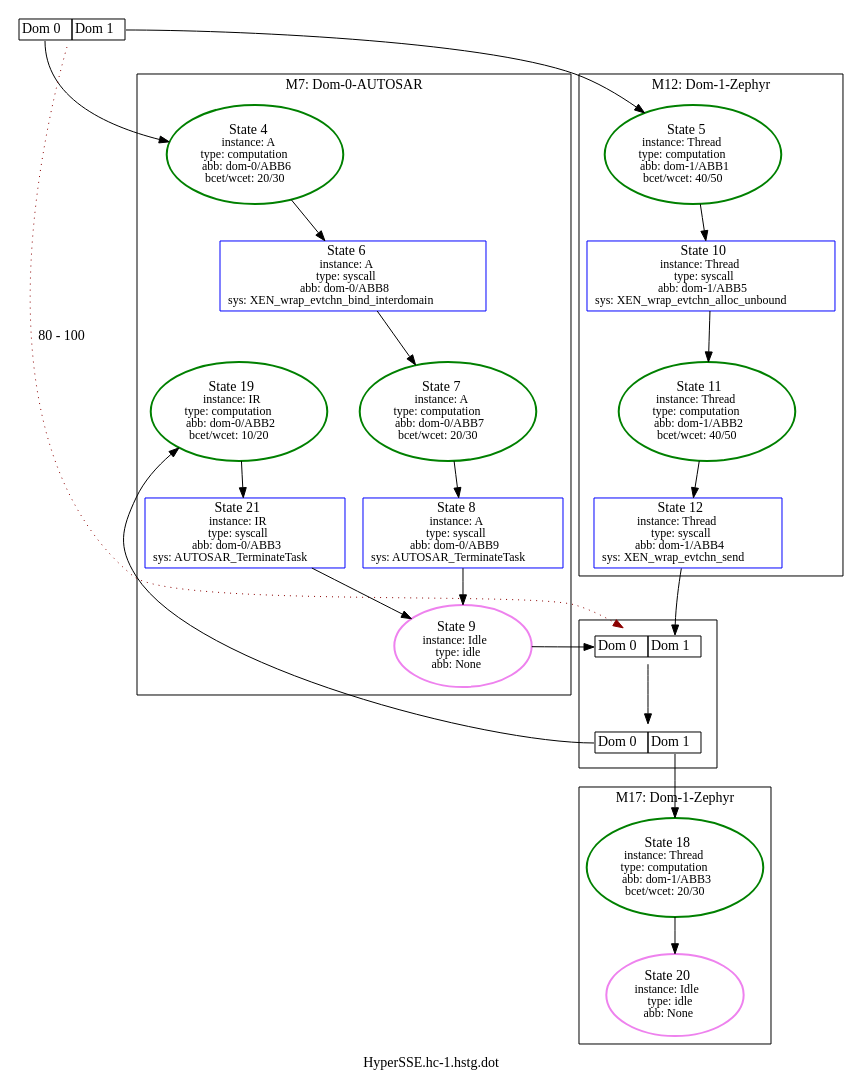
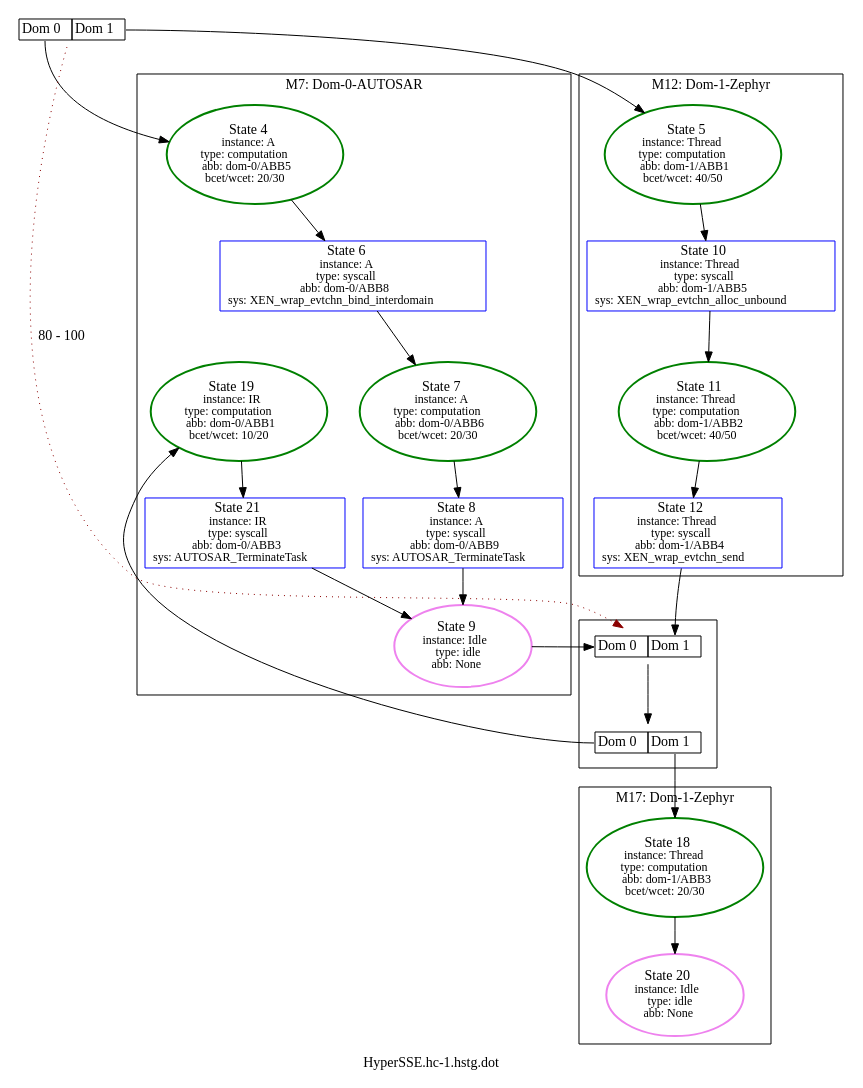
The diagram in appl/Xen/hc-1/HyperSSE.hc-1.hstg.dot (luhsra/ara), drawn with Graphviz before and after one commit. The commit also changed 34 other files, not shown here.

```diff
--- a/appl/Xen/hc-1/HyperSSE.hc-1.hstg.dot
+++ b/appl/Xen/hc-1/HyperSSE.hc-1.hstg.dot
@@ -1,53 +1,53 @@
 digraph G {
 label="HyperSSE.hc-1.hstg.dot";
 1 [label=<<TABLE BORDER="0" CELLBORDER="1" CELLSPACING="0"><TR><TD PORT="c0">Dom 0</TD><TD PORT="c1">Dom 1</TD></TR></TABLE>>, shape=plaintext, tooltip=1];
 subgraph cluster_7 {
 label="M7: Dom-0-AUTOSAR";
-2 [color=green, fontsize=14, label=<State 4<br/><font point-size='12'>instance: A<br/>type: computation<br/>abb: dom-0/ABB6<br/>bcet/wcet: 20/30</font>>, style=bold, tooltip=2];
+2 [color=green, fontsize=14, label=<State 4<br/><font point-size='12'>instance: A<br/>type: computation<br/>abb: dom-0/ABB5<br/>bcet/wcet: 20/30</font>>, style=bold, tooltip=2];
 3 [color=blue, fontsize=14, label=<State 6<br/><font point-size='12'>instance: A<br/>type: syscall<br/>abb: dom-0/ABB8<br/>sys: XEN_wrap_evtchn_bind_interdomain</font>>, shape=box, tooltip=3];
-4 [color=green, fontsize=14, label=<State 7<br/><font point-size='12'>instance: A<br/>type: computation<br/>abb: dom-0/ABB7<br/>bcet/wcet: 20/30</font>>, style=bold, tooltip=4];
+4 [color=green, fontsize=14, label=<State 7<br/><font point-size='12'>instance: A<br/>type: computation<br/>abb: dom-0/ABB6<br/>bcet/wcet: 20/30</font>>, style=bold, tooltip=4];
 5 [color=blue, fontsize=14, label=<State 8<br/><font point-size='12'>instance: A<br/>type: syscall<br/>abb: dom-0/ABB9<br/>sys: AUTOSAR_TerminateTask</font>>, shape=box, tooltip=5];
 6 [color=violet, fontsize=14, label=<State 9<br/><font point-size='12'>instance: Idle<br/>type: idle<br/>abb: None</font>>, style=bold, tooltip=6];
-18 [color=green, fontsize=14, label=<State 19<br/><font point-size='12'>instance: IR<br/>type: computation<br/>abb: dom-0/ABB2<br/>bcet/wcet: 10/20</font>>, style=bold, tooltip=18];
+18 [color=green, fontsize=14, label=<State 19<br/><font point-size='12'>instance: IR<br/>type: computation<br/>abb: dom-0/ABB1<br/>bcet/wcet: 10/20</font>>, style=bold, tooltip=18];
 19 [color=blue, fontsize=14, label=<State 21<br/><font point-size='12'>instance: IR<br/>type: syscall<br/>abb: dom-0/ABB3<br/>sys: AUTOSAR_TerminateTask</font>>, shape=box, tooltip=19];
 }
 
 subgraph cluster_12 {
 label="M12: Dom-1-Zephyr";
 8 [color=green, fontsize=14, label=<State 5<br/><font point-size='12'>instance: Thread<br/>type: computation<br/>abb: dom-1/ABB1<br/>bcet/wcet: 40/50</font>>, style=bold, tooltip=8];
 9 [color=blue, fontsize=14, label=<State 10<br/><font point-size='12'>instance: Thread<br/>type: syscall<br/>abb: dom-1/ABB5<br/>sys: XEN_wrap_evtchn_alloc_unbound</font>>, shape=box, tooltip=9];
 10 [color=green, fontsize=14, label=<State 11<br/><font point-size='12'>instance: Thread<br/>type: computation<br/>abb: dom-1/ABB2<br/>bcet/wcet: 40/50</font>>, style=bold, tooltip=10];
 11 [color=blue, fontsize=14, label=<State 12<br/><font point-size='12'>instance: Thread<br/>type: syscall<br/>abb: dom-1/ABB4<br/>sys: XEN_wrap_evtchn_send</font>>, shape=box, tooltip=11];
 }
 
 subgraph cluster_17 {
 label="M17: Dom-1-Zephyr";
 16 [color=violet, fontsize=14, label=<State 20<br/><font point-size='12'>instance: Idle<br/>type: idle<br/>abb: None</font>>, style=bold, tooltip=16];
 15 [color=green, fontsize=14, label=<State 18<br/><font point-size='12'>instance: Thread<br/>type: computation<br/>abb: dom-1/ABB3<br/>bcet/wcet: 20/30</font>>, style=bold, tooltip=15];
 }
 
 subgraph cluster_Metasync13 {
 label="";
 13 [label=<<TABLE BORDER="0" CELLBORDER="1" CELLSPACING="0"><TR><TD PORT="c0">Dom 0</TD><TD PORT="c1">Dom 1</TD></TR></TABLE>>, shape=plaintext, tooltip=13];
 14 [label=<<TABLE BORDER="0" CELLBORDER="1" CELLSPACING="0"><TR><TD PORT="c0">Dom 0</TD><TD PORT="c1">Dom 1</TD></TR></TABLE>>, shape=plaintext, tooltip=14];
 }
 
 1:c0 -> 2  [color=black];
 1:c1 -> 8  [color=black];
 1 -> 13  [color=darkred, label="80 - 100", style=dotted];
 2 -> 3  [color=black];
 3 -> 4  [color=black];
 4 -> 5  [color=black];
 5 -> 6  [color=black];
 6 -> 13:c0  [color=black];
 8 -> 9  [color=black];
 9 -> 10  [color=black];
 10 -> 11  [color=black];
 11 -> 13:c1  [color=black];
 13 -> 14  [color=black];
 14:c1 -> 15  [color=black];
 14:c0 -> 18  [color=black];
 15 -> 16  [color=black];
 18 -> 19  [color=black];
 19 -> 6  [color=black];
 }
```
